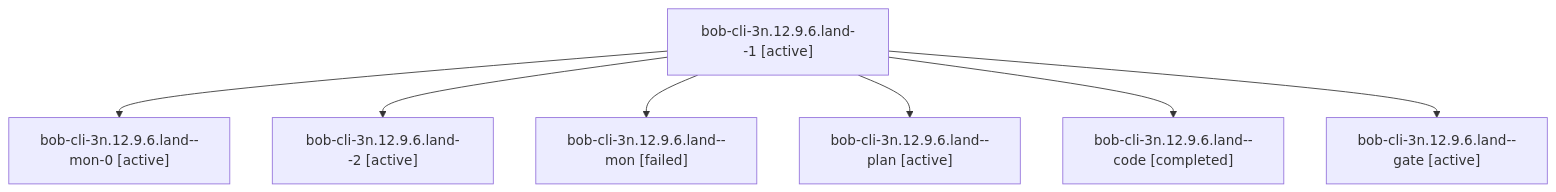
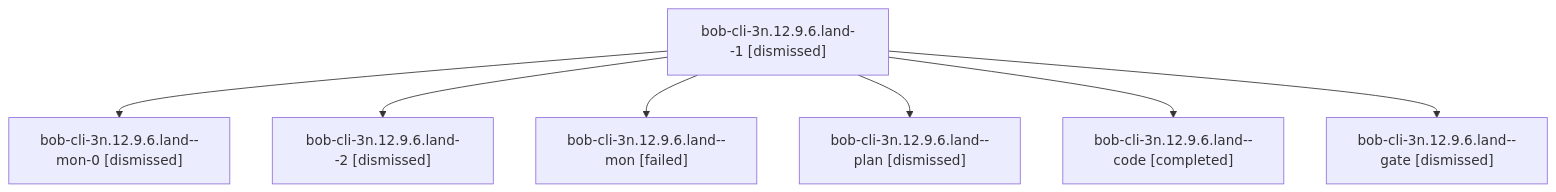
The diagram in sessions/bbugyi200.athena.bob-cli-3n.12.9.6.land.md (bobs-org/bob-cli--agents), drawn with Mermaid before and after one commit. The commit also changed other lines of this file and 103 other files, not shown here.

````diff
--- a/sessions/bbugyi200.athena.bob-cli-3n.12.9.6.land.md
+++ b/sessions/bbugyi200.athena.bob-cli-3n.12.9.6.land.md
@@ -9,16 +9,16 @@
 ```mermaid
 flowchart TD
-  n0["bob-cli-3n.12.9.6.land--1 [active]"]
-  n1["bob-cli-3n.12.9.6.land--mon-0 [active]"]
+  n0["bob-cli-3n.12.9.6.land--1 [dismissed]"]
+  n1["bob-cli-3n.12.9.6.land--mon-0 [dismissed]"]
   n0 --> n1
-  n2["bob-cli-3n.12.9.6.land--2 [active]"]
+  n2["bob-cli-3n.12.9.6.land--2 [dismissed]"]
   n0 --> n2
   n3["bob-cli-3n.12.9.6.land--mon [failed]"]
   n0 --> n3
-  n4["bob-cli-3n.12.9.6.land--plan [active]"]
+  n4["bob-cli-3n.12.9.6.land--plan [dismissed]"]
   n0 --> n4
   n5["bob-cli-3n.12.9.6.land--code [completed]"]
   n0 --> n5
-  n6["bob-cli-3n.12.9.6.land--gate [active]"]
+  n6["bob-cli-3n.12.9.6.land--gate [dismissed]"]
   n0 --> n6
 ```
````
